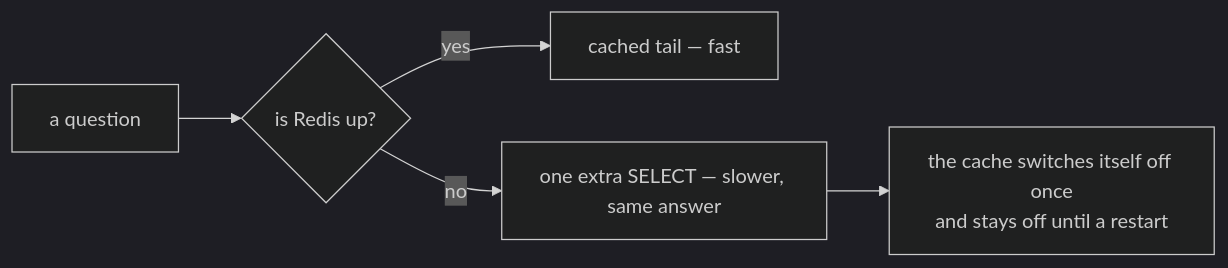
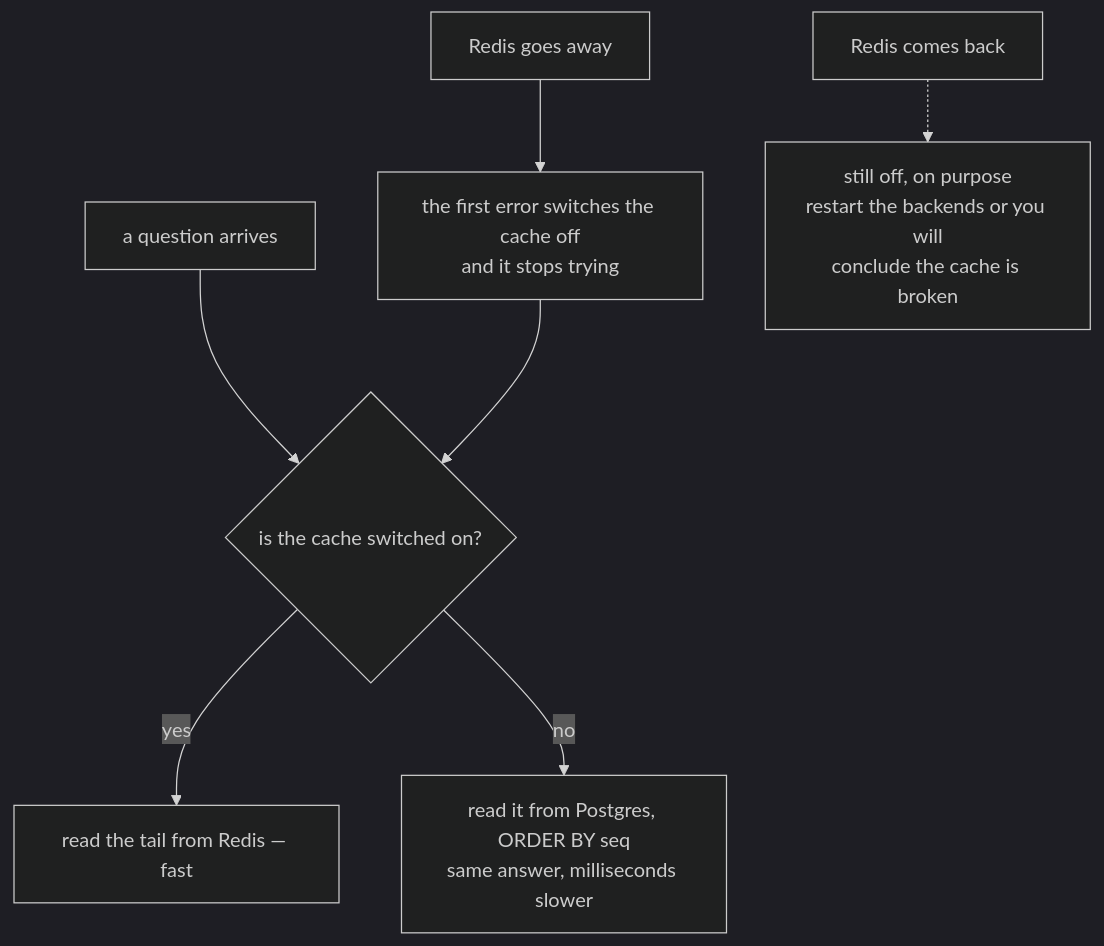
Diagram 15 of 17 in docs/TESTING-SCALING.md (selvakumarperumal/Corporate_Filing_Analyzer_Agent), drawn with Mermaid (dark theme) before and after one commit. The commit also changed other lines of this file, not shown here.

Commit message:
docs: enrich scaling test breakdowns with detailed sequence flows, SQL examples, and negative test rigs

````diff
--- a/docs/TESTING-SCALING.md
+++ b/docs/TESTING-SCALING.md
@@ -474,7 +856,9 @@
 ```mermaid
-flowchart LR
-  Q["a question"] --> R{"is Redis up?"}
-  R -->|"yes"| C["cached tail — fast"]
-  R -->|"no"| D["one extra SELECT — slower, same answer"]
-  D --> O["the cache switches itself off once<br/>and stays off until a restart"]
+flowchart TB
+  Q["a question arrives"] --> C{"is the cache switched on?"}
+  C -->|"yes"| H["read the tail from Redis — fast"]
+  C -->|"no"| P["read it from Postgres, ORDER BY seq<br/>same answer, milliseconds slower"]
+  E["Redis goes away"] --> F["the first error switches the cache off<br/>and it stops trying"]
+  F --> C
+  RB["Redis comes back"] -.-> ST["still off, on purpose<br/>restart the backends or you will<br/>conclude the cache is broken"]
 ```
````
